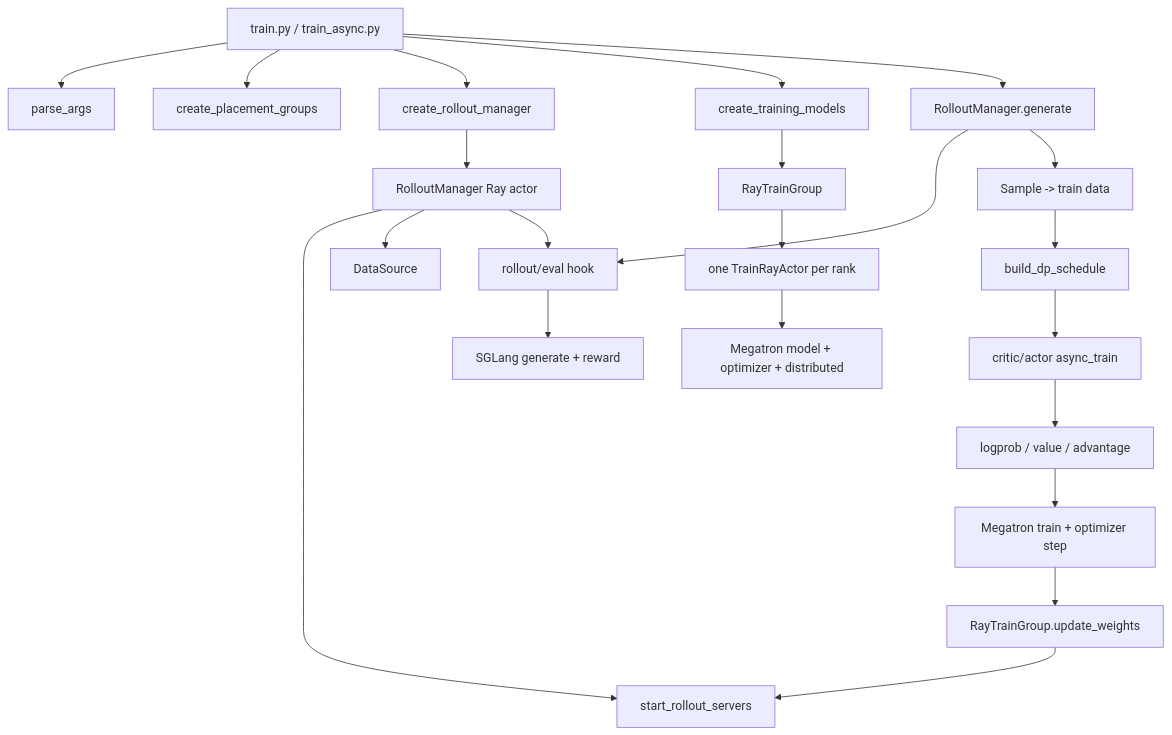
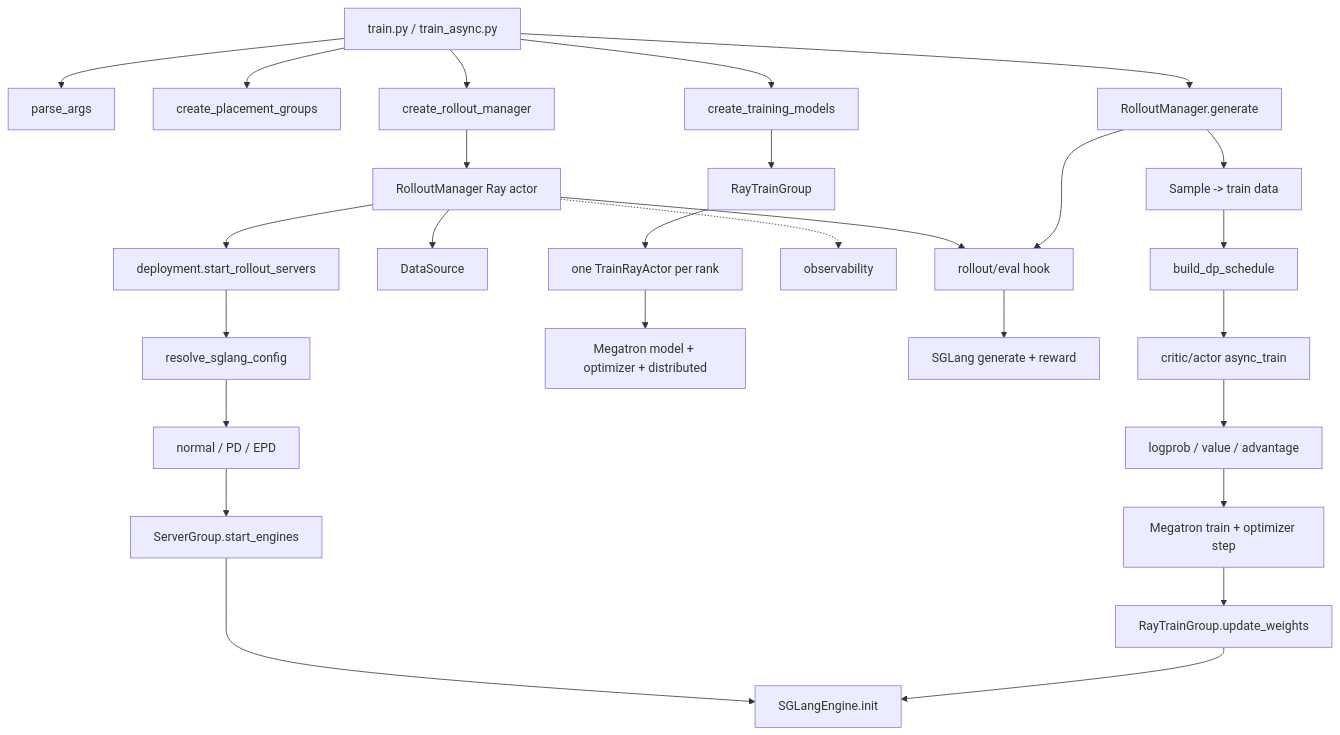
One commit to keepkeen/slime changed the diagram in docs/zh/interview_guide/09-source-code-reading-guide.md. Above: the diagram before and after it, drawn with Mermaid. The commit also changed other lines of this file and 13 other files, not shown here.

````diff
--- a/docs/zh/interview_guide/09-source-code-reading-guide.md
+++ b/docs/zh/interview_guide/09-source-code-reading-guide.md
@@ -100,24 +102,29 @@
 ```mermaid
 flowchart TD
     Main["train.py / train_async.py"] --> Args["parse_args"]
     Main --> PG["create_placement_groups"]
     Main --> CRM["create_rollout_manager"]
     Main --> CTM["create_training_models"]
     CRM --> RM["RolloutManager Ray actor"]
-    RM --> Servers["start_rollout_servers"]
+    RM --> Deploy["deployment.start_rollout_servers"]
+    Deploy --> Config["resolve_sglang_config"]
+    Config --> Topology["normal / PD / EPD"]
+    Topology --> Groups["ServerGroup.start_engines"]
+    Groups --> Engine["SGLangEngine.init"]
     RM --> DS["DataSource"]
     RM --> RF["rollout/eval hook"]
+    RM -.-> OBS["observability"]
     CTM --> TG["RayTrainGroup"]
     TG --> TA["one TrainRayActor per rank"]
     TA --> MG["Megatron model + optimizer + distributed"]
     Main --> Gen["RolloutManager.generate"]
     Gen --> RF
     RF --> SGL["SGLang generate + reward"]
     Gen --> Conv["Sample -> train data"]
     Conv --> DPS["build_dp_schedule"]
     DPS --> Train["critic/actor async_train"]
     Train --> Adv["logprob / value / advantage"]
     Adv --> Loss["Megatron train + optimizer step"]
     Loss --> Sync["RayTrainGroup.update_weights"]
-    Sync --> Servers
+    Sync --> Engine
 ```
````
